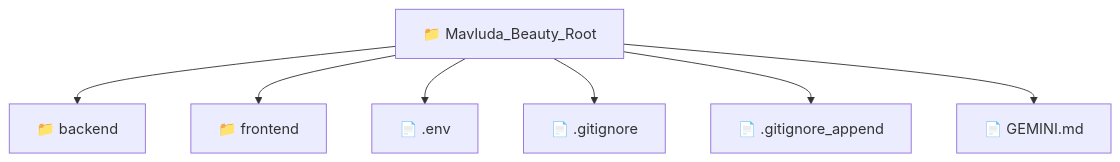
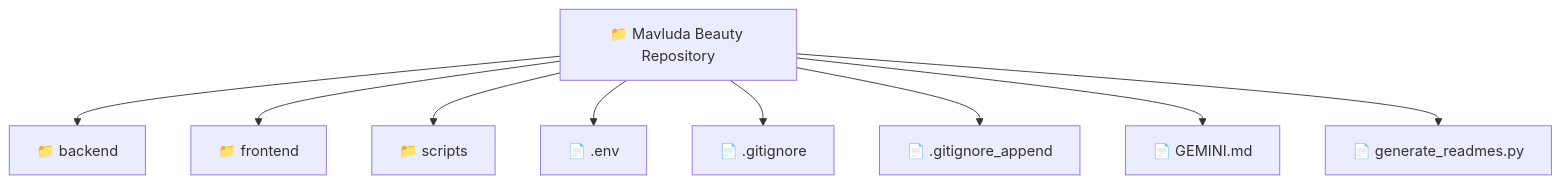
Before and after one commit to beginwebdev2002/fullstack-mavluda: the diagram in README.md, drawn with Mermaid. The commit also changed other lines of this file and 158 other files, not shown here.

First line of the commit message:
docs: generate localized readmes for all directories

````diff
--- a/README.md
+++ b/README.md
@@ -9,10 +9,12 @@
 ```mermaid
 graph TD
-  Mavluda_Beauty_Root["📁 Mavluda_Beauty_Root"]
-  Mavluda_Beauty_Root --> Mavluda_Beauty_Root_backend["📁 backend"]
-  Mavluda_Beauty_Root --> Mavluda_Beauty_Root_frontend["📁 frontend"]
-  Mavluda_Beauty_Root --> Mavluda_Beauty_Root__env["📄 .env"]
-  Mavluda_Beauty_Root --> Mavluda_Beauty_Root__gitignore["📄 .gitignore"]
-  Mavluda_Beauty_Root --> Mavluda_Beauty_Root__gitignore_append["📄 .gitignore_append"]
-  Mavluda_Beauty_Root --> Mavluda_Beauty_Root_GEMINI_md["📄 GEMINI.md"]
+  Root["📁 Mavluda Beauty Repository"]
+  Root --> backend["📁 backend"]
+  Root --> frontend["📁 frontend"]
+  Root --> scripts["📁 scripts"]
+  Root --> _env["📄 .env"]
+  Root --> _gitignore["📄 .gitignore"]
+  Root --> _gitignore_append["📄 .gitignore_append"]
+  Root --> GEMINI_md["📄 GEMINI.md"]
+  Root --> generate_readmes_py["📄 generate_readmes.py"]
 ```
````
